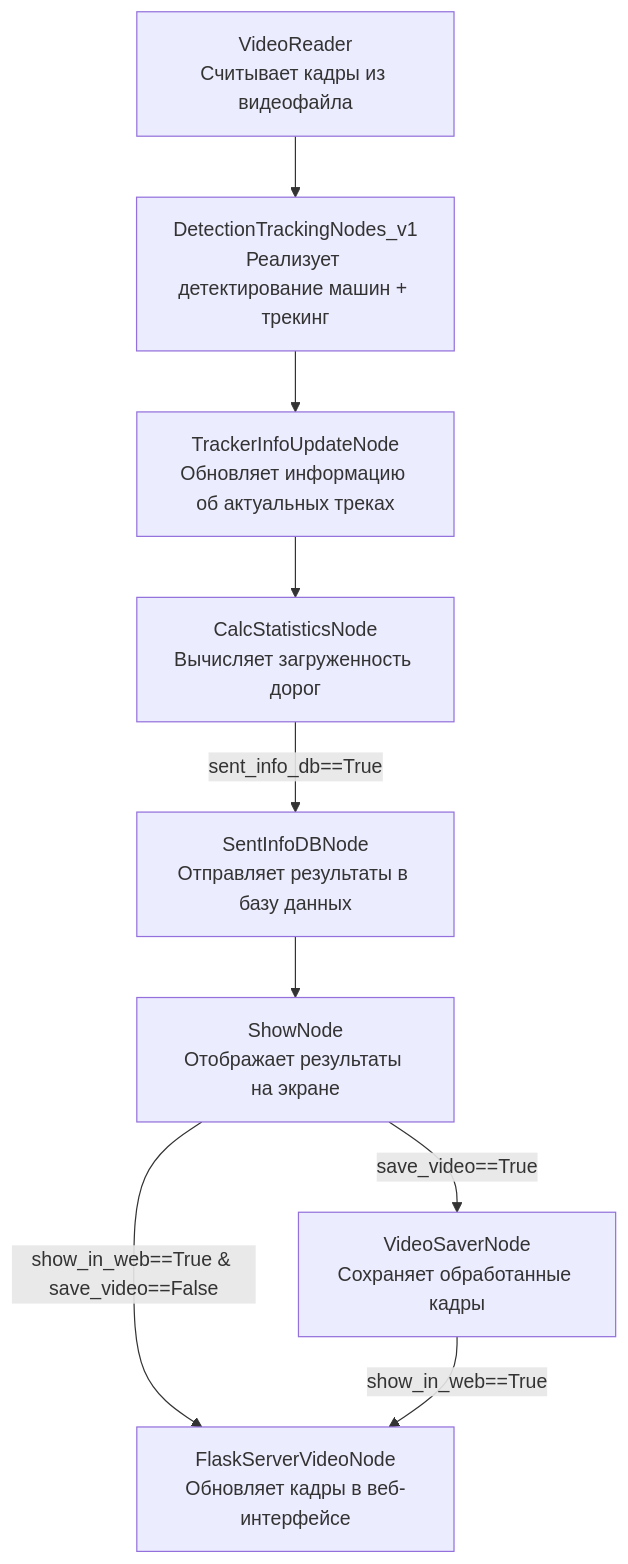
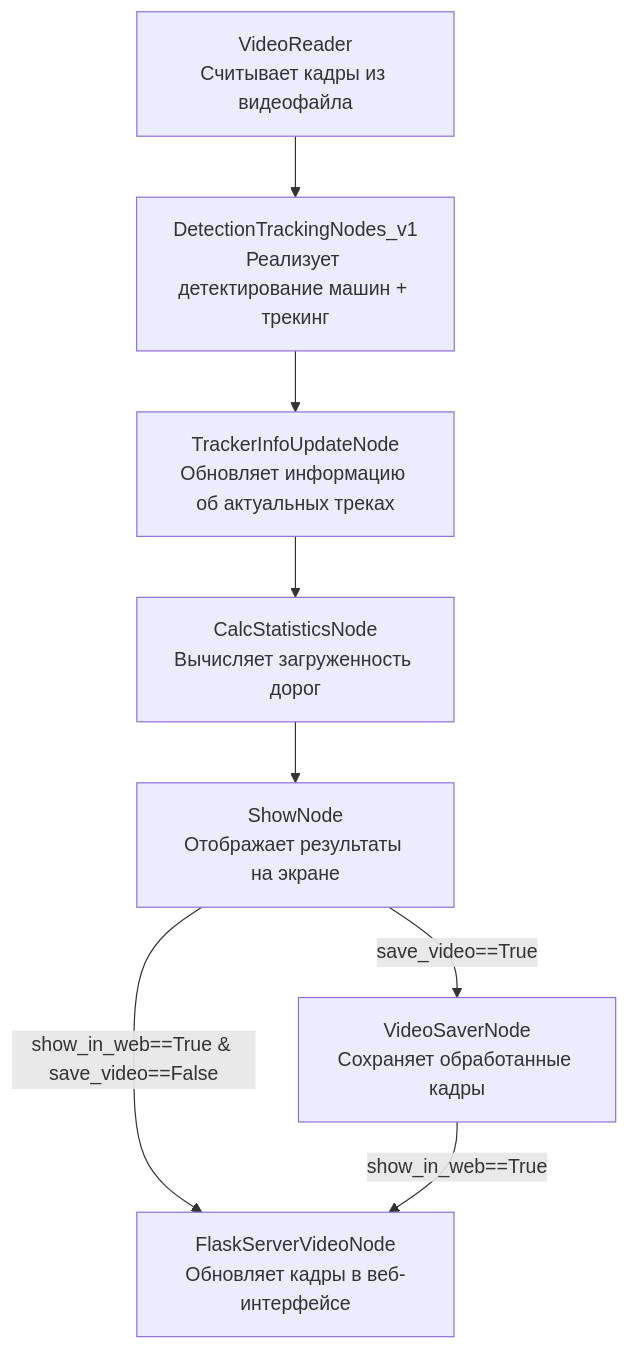
Before and after one commit to Aleksandr62aa/Computer_Vision: the first of 2 diagrams in README.md, drawn with Mermaid.

````diff
--- a/README.md
+++ b/README.md
@@ -51,11 +51,10 @@
 ```mermaid
 graph TD;
     A["VideoReader<br>Считывает кадры из видеофайла"] --> B["DetectionTrackingNodes_v1<br>Реализует детектирование машин + трекинг"];
     B --> C["TrackerInfoUpdateNode<br>Обновляет информацию об актуальных треках"];
-    C --> D["CalcStatisticsNode<br>Вычисляет загруженность дорог"];   
-    D --sent_info_db==True --> E["SentInfoDBNode<br>Отправляет результаты в базу данных"];
-    E --> F["ShowNode<br>Отображает результаты на экране"];
+    C --> D["CalcStatisticsNode<br>Вычисляет загруженность дорог"];     
+    D --> F["ShowNode<br>Отображает результаты на экране"];
     F --save_video==True --> H["VideoSaverNode<br>Сохраняет обработанные кадры"];
     F --show_in_web==True & save_video==False --> L["FlaskServerVideoNode<br>Обновляет кадры в веб-интерфейсе"];
     H --show_in_web==True --> L
 ```
````
